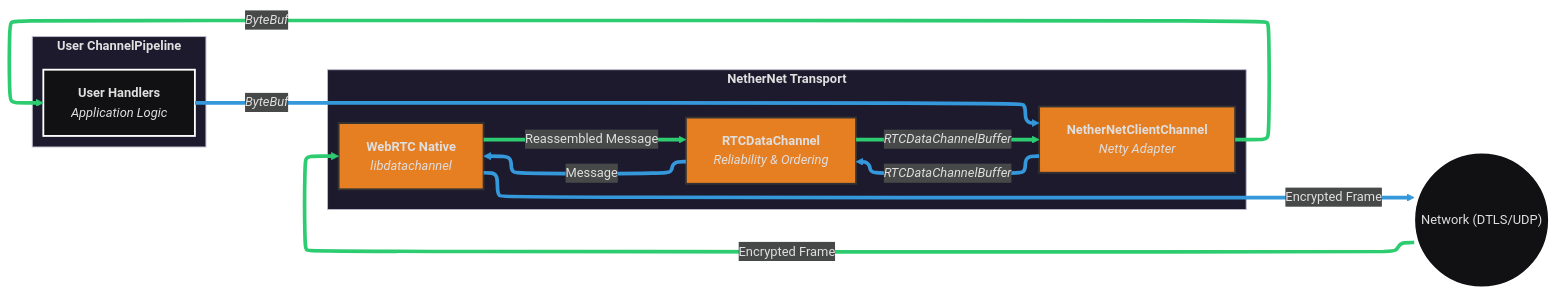
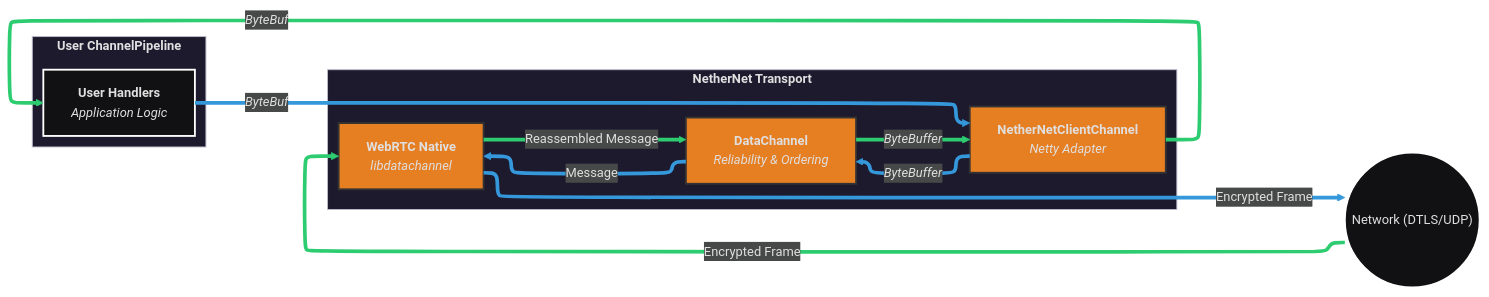
The diagram in .github/readme/nethernet_client_dark.mmd (CloudburstMC/Network), drawn with Mermaid before and after one commit. The commit also changed 7 other files, not shown here.

Commit message:
Name the libdatachannel types in the NetherNet flow diagrams

```diff
--- a/.github/readme/nethernet_client_dark.mmd
+++ b/.github/readme/nethernet_client_dark.mmd
@@ -1,40 +1,40 @@
 ---
 config:
   layout: elk
   theme: redux-dark
 ---
 flowchart LR
  subgraph TransportLayer["<b>NetherNet Transport</b>"]
     direction TB
     Native["<b>WebRTC Native</b><br><i>libdatachannel</i>"]
-    DataChannel["<b>RTCDataChannel</b><br><i>Reliability & Ordering</i>"]
+    DataChannel["<b>DataChannel</b><br><i>Reliability & Ordering</i>"]
     ClientChannel["<b>NetherNetClientChannel</b><br><i>Netty Adapter</i>"]
  end
  subgraph UserPipeline["<b>User ChannelPipeline</b>"]
     UserLogic["<b>User Handlers</b><br><i>Application Logic</i>"]
  end
     
     Network(("Network (DTLS/UDP)"))
     Network == Encrypted Frame ==> Native
     Native == Reassembled Message ==> DataChannel
-    DataChannel == <i>RTCDataChannelBuffer</i> ==> ClientChannel
+    DataChannel == <i>ByteBuffer</i> ==> ClientChannel
     ClientChannel == <i>ByteBuf</i> ==> UserLogic
     UserLogic == <i>ByteBuf</i> ==> ClientChannel
-    ClientChannel == <i>RTCDataChannelBuffer</i> ==> DataChannel
+    ClientChannel == <i>ByteBuffer</i> ==> DataChannel
     DataChannel == Message ==> Native
     Native == Encrypted Frame ==> Network
     Native:::shared
     DataChannel:::shared
     ClientChannel:::shared
     
     classDef shared fill:#e67e22,stroke:#333,stroke-width:2px
     
     linkStyle 0 stroke:#2ecc71,stroke-width:4px,color:#2ecc71
     linkStyle 1 stroke:#2ecc71,stroke-width:4px,color:#2ecc71
     linkStyle 2 stroke:#2ecc71,stroke-width:4px,color:#2ecc71
     linkStyle 3 stroke:#2ecc71,stroke-width:4px,color:#2ecc71
     
     linkStyle 4 stroke:#3498db,stroke-width:4px,color:#3498db
     linkStyle 5 stroke:#3498db,stroke-width:4px,color:#3498db
     linkStyle 6 stroke:#3498db,stroke-width:4px,color:#3498db
     linkStyle 7 stroke:#3498db,stroke-width:4px,color:#3498db
```
